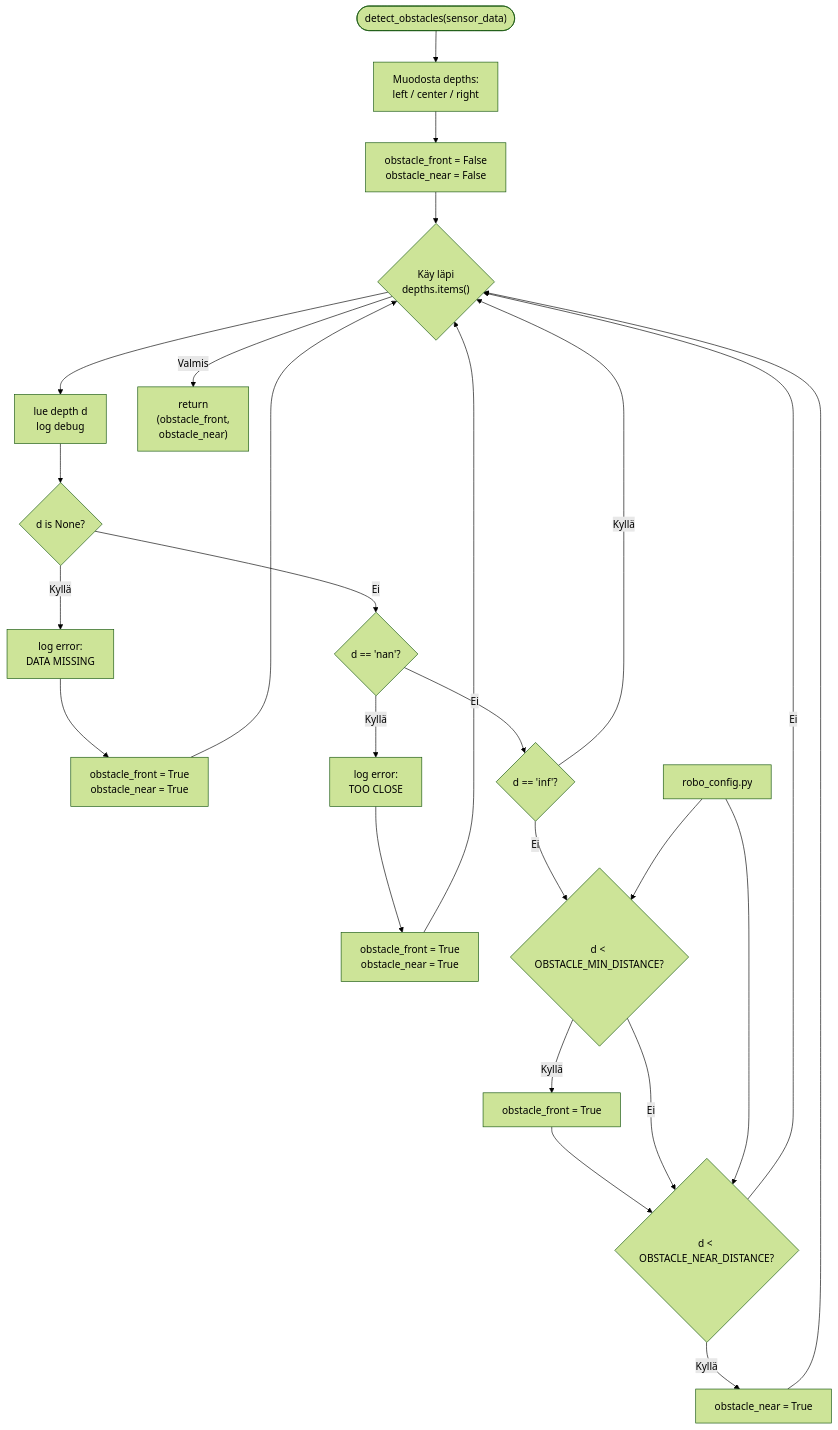
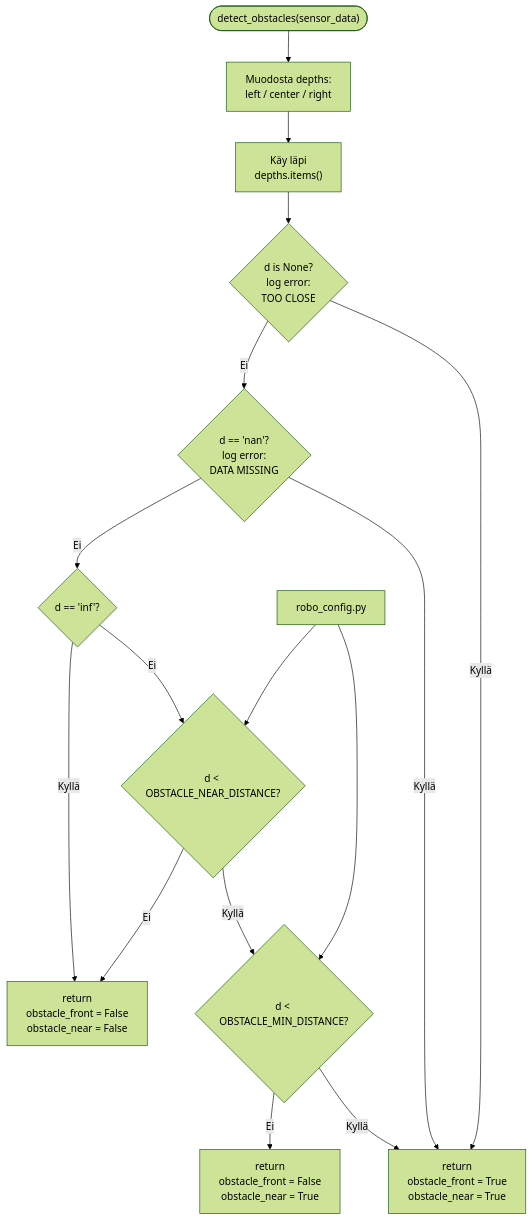
Before and after one commit to TNuppi/Jaska_Automation: the third of 3 diagrams in docs/perception.md, drawn with Mermaid (forest theme). The commit also changed other lines of this file and 1 other file, not shown here.

Commit message:
dokumentaation päivitys

````diff
--- a/docs/perception.md
+++ b/docs/perception.md
@@ -88,58 +112,46 @@
 ```mermaid
 
 flowchart TD
     A(["detect_obstacles(sensor_data)"])
+    B["Muodosta depths:<br/>left / center / right"]
+    
+    C["return <br/> obstacle_front = False <br/>obstacle_near = True"]
+    E["return <br/> obstacle_front = False<br/>obstacle_near = False"]
+    H["return <br/> obstacle_front = True<br/>obstacle_near = True"]
+    
+    D["Käy läpi<br/>depths.items()"]
 
-    B["Muodosta depths:<br/>left / center / right"]
-    C["obstacle_front = False<br/>obstacle_near = False"]
+    F{"d is None? <br/> log error:<br/>TOO CLOSE"}
 
-    D{"Käy läpi<br/>depths.items()"}
-
-    E["lue depth d<br/>log debug"]
-
-    F{d is None?}
-    G["log error:<br/>DATA MISSING"]
-    H["obstacle_front = True<br/>obstacle_near = True"]
-
-    I{d == 'nan'?}
-    J["log error:<br/>TOO CLOSE"]
-    K["obstacle_front = True<br/>obstacle_near = True"]
-
+    I{"d == 'nan'? <br/> log error:<br/>DATA MISSING"}
     L{d == 'inf'?}
 
+
     M{d < OBSTACLE_MIN_DISTANCE?}
-    N["obstacle_front = True"]
-
     O{d < OBSTACLE_NEAR_DISTANCE?}
-    P["obstacle_near = True"]
-
-
-    R["return<br/>(obstacle_front,<br/>obstacle_near)"]
-
+    
     S["robo_config.py"]
 
     %% ===== Virtaus =====
-    A --> B --> C --> D
-    D --> E --> F
+    A --> B  --> D
+    D --> F
 
-    F -- Kyllä --> G --> H --> D
+    F -- Kyllä --> H
     F -- Ei --> I
 
-    I -- Kyllä --> J --> K --> D
+    I -- Kyllä --> H
     I -- Ei --> L
-
-    L -- Kyllä --> D
-    L -- Ei --> M
-
-    M -- Kyllä --> N --> O
-    M -- Ei --> O
-
-    O -- Kyllä --> P --> D
-    O -- Ei --> D
-
-    D -- Valmis --> R
-
+    
+    L -- Ei --> O 
+    L -- Kyllä --> E
+    
+    M -- Kyllä --> H
+    M -- Ei --> C
+   
+    O -- Kyllä --> M
+    O -- Ei --> E
+    
     S --> M
     S --> O
 
 ```
````
